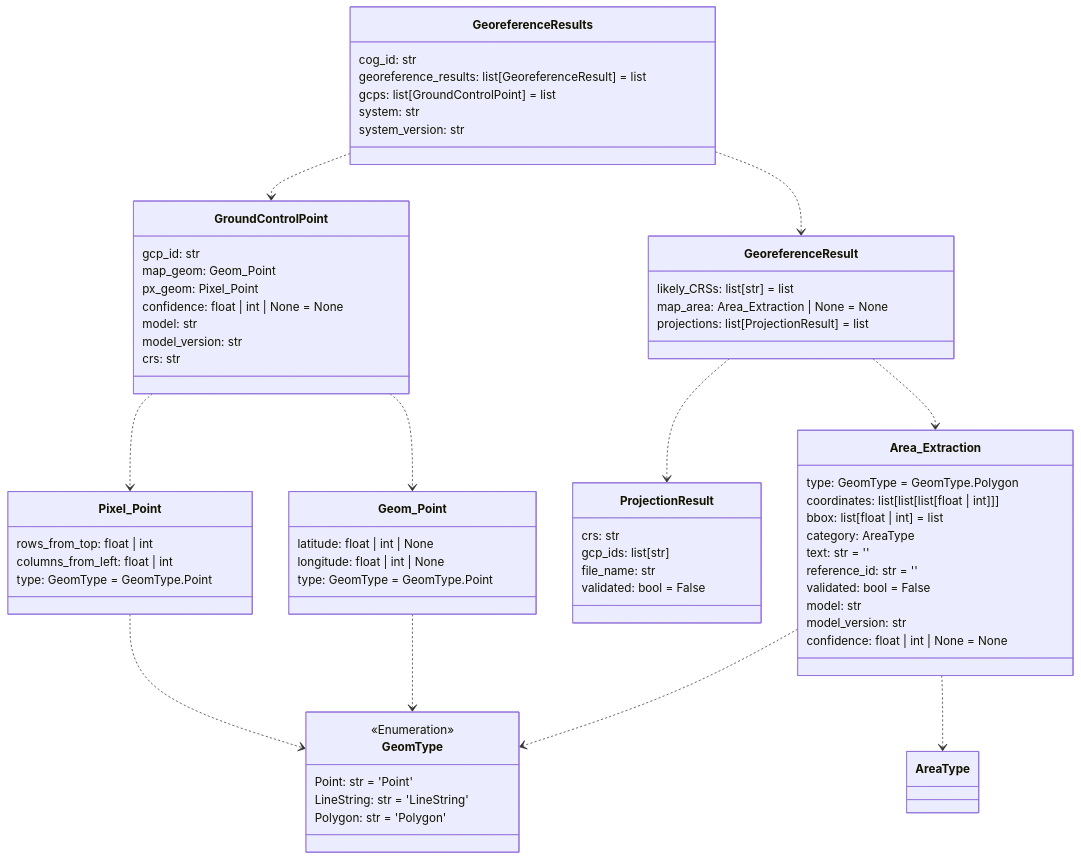
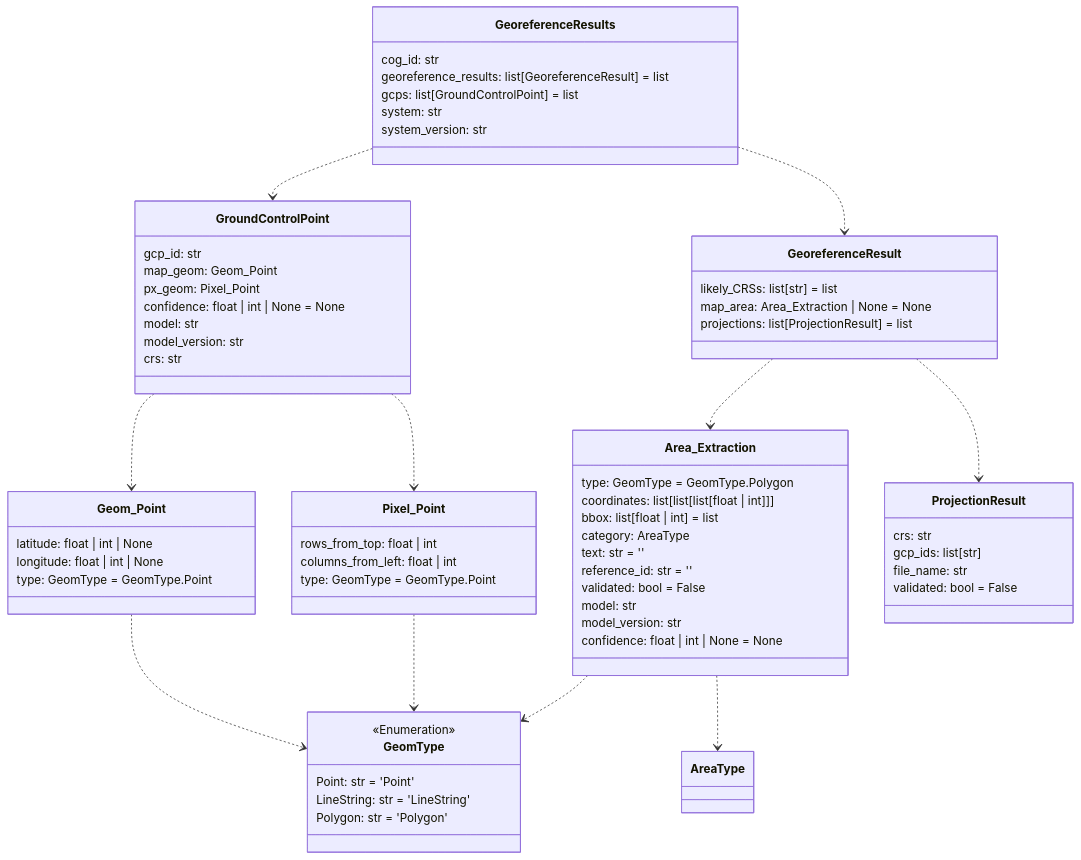
Before and after one commit to DARPA-CRITICALMAAS/cdr_schemas: the second of 14 diagrams in README.md, drawn with Mermaid. The commit also changed other lines of this file, not shown here.

````diff
--- a/README.md
+++ b/README.md
@@ -117,79 +117,79 @@
 ```mermaid
 classDiagram
 
     class Geom_Point {
         latitude: float | int | None
         longitude: float | int | None
         type: GeomType = GeomType.Point
-    }
-
-    class Pixel_Point {
-        rows_from_top: float | int
-        columns_from_left: float | int
-        type: GeomType = GeomType.Point
-    }
-
-    class GeoreferenceResult {
-        likely_CRSs: list[str] = list
-        map_area: Area_Extraction | None = None
-        projections: list[ProjectionResult] = list
-    }
-
-    class GroundControlPoint {
-        gcp_id: str
-        map_geom: Geom_Point
-        px_geom: Pixel_Point
-        confidence: float | int | None = None
-        model: str
-        model_version: str
-        crs: str
     }
 
     class GeoreferenceResults {
         cog_id: str
         georeference_results: list[GeoreferenceResult] = list
         gcps: list[GroundControlPoint] = list
         system: str
         system_version: str
     }
 
     class ProjectionResult {
         crs: str
         gcp_ids: list[str]
         file_name: str
         validated: bool = False
+    }
+
+    class Pixel_Point {
+        rows_from_top: float | int
+        columns_from_left: float | int
+        type: GeomType = GeomType.Point
+    }
+
+    class GroundControlPoint {
+        gcp_id: str
+        map_geom: Geom_Point
+        px_geom: Pixel_Point
+        confidence: float | int | None = None
+        model: str
+        model_version: str
+        crs: str
     }
 
     class Area_Extraction {
         type: GeomType = GeomType.Polygon
         coordinates: list[list[list[float | int]]]
         bbox: list[float | int] = list
         category: AreaType
         text: str = ''
         reference_id: str = ''
         validated: bool = False
         model: str
         model_version: str
         confidence: float | int | None = None
     }
 
     class GeomType {
         <<Enumeration>>
         Point: str = 'Point'
         LineString: str = 'LineString'
         Polygon: str = 'Polygon'
     }
 
+    class GeoreferenceResult {
+        likely_CRSs: list[str] = list
+        map_area: Area_Extraction | None = None
+        projections: list[ProjectionResult] = list
+    }
+
+    Area_Extraction ..> GeomType
     Area_Extraction ..> AreaType
-    Area_Extraction ..> GeomType
     Geom_Point ..> GeomType
     Pixel_Point ..> GeomType
+    GroundControlPoint ..> Geom_Point
     GroundControlPoint ..> Pixel_Point
-    GroundControlPoint ..> Geom_Point
     GeoreferenceResult ..> Area_Extraction
     GeoreferenceResult ..> ProjectionResult
     GeoreferenceResults ..> GroundControlPoint
     GeoreferenceResults ..> GeoreferenceResult
 
 
 ```
````
